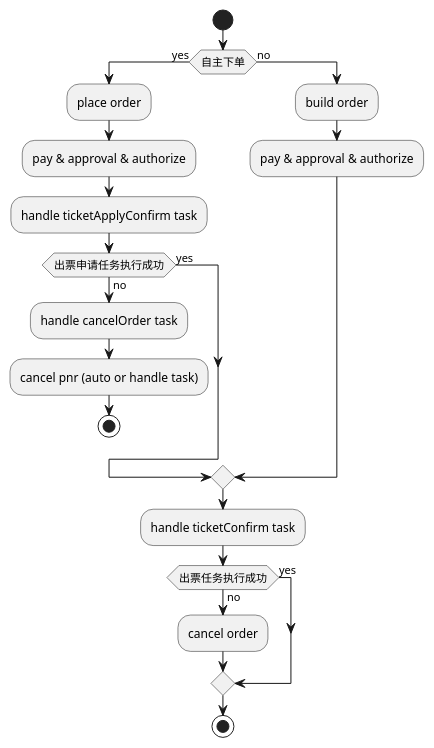
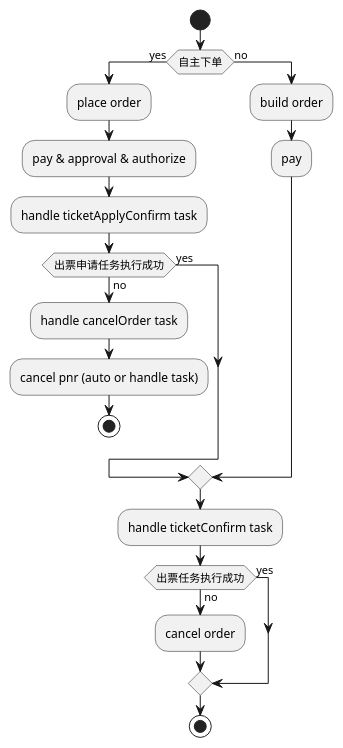
One commit to viper140/painting changed the diagram in plantuml/flow/international-flight-create-order.puml. Above: the diagram before and after it, drawn with PlantUML.

```diff
--- a/plantuml/flow/international-flight-create-order.puml
+++ b/plantuml/flow/international-flight-create-order.puml
@@ -1,30 +1,30 @@
 @startuml
 start
 
 if (自主下单) then (yes)
   :place order;
   :pay & approval & authorize;
   :handle ticketApplyConfirm task;
    
   if (出票申请任务执行成功) then (yes)
   else (no) 
     :handle cancelOrder task;
     :cancel pnr (auto or handle task);
     stop
   endif
 
 else (no)
   :build order;
-  :pay & approval & authorize;
+  :pay;
 
 endif
 
 :handle ticketConfirm task;
   
 if (出票任务执行成功) then (yes)
 else (no) 
   :cancel order; 
 endif
 
 stop
 @enduml
```
